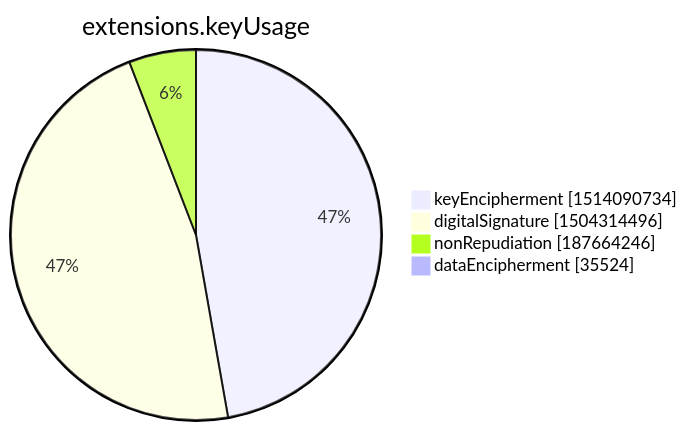
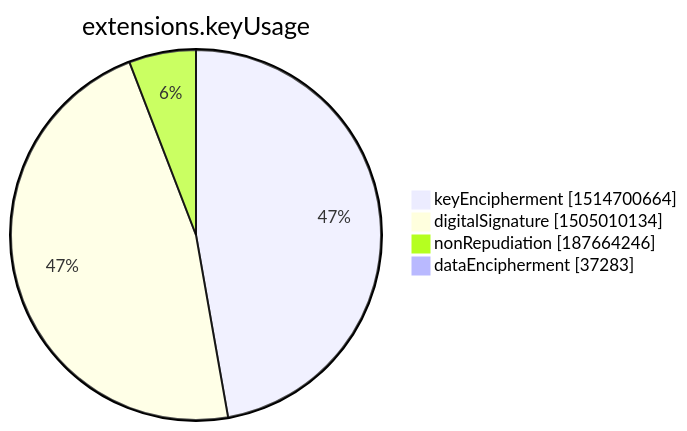
Before and after one commit to christiankrug/ctmonitor_visualization: the seventh of 15 diagrams in xenon2022/README.md, drawn with Mermaid. The commit also changed other lines of this file, not shown here.

````diff
--- a/xenon2022/README.md
+++ b/xenon2022/README.md
@@ -2846,8 +2846,8 @@
 ```mermaid
 pie showData
 title extensions.keyUsage
-"keyEncipherment" :1514090734
-"digitalSignature" :1504314496
+"keyEncipherment" :1514700664
+"digitalSignature" :1505010134
 "nonRepudiation" :187664246
-"dataEncipherment" :35524
+"dataEncipherment" :37283
 ```
````
